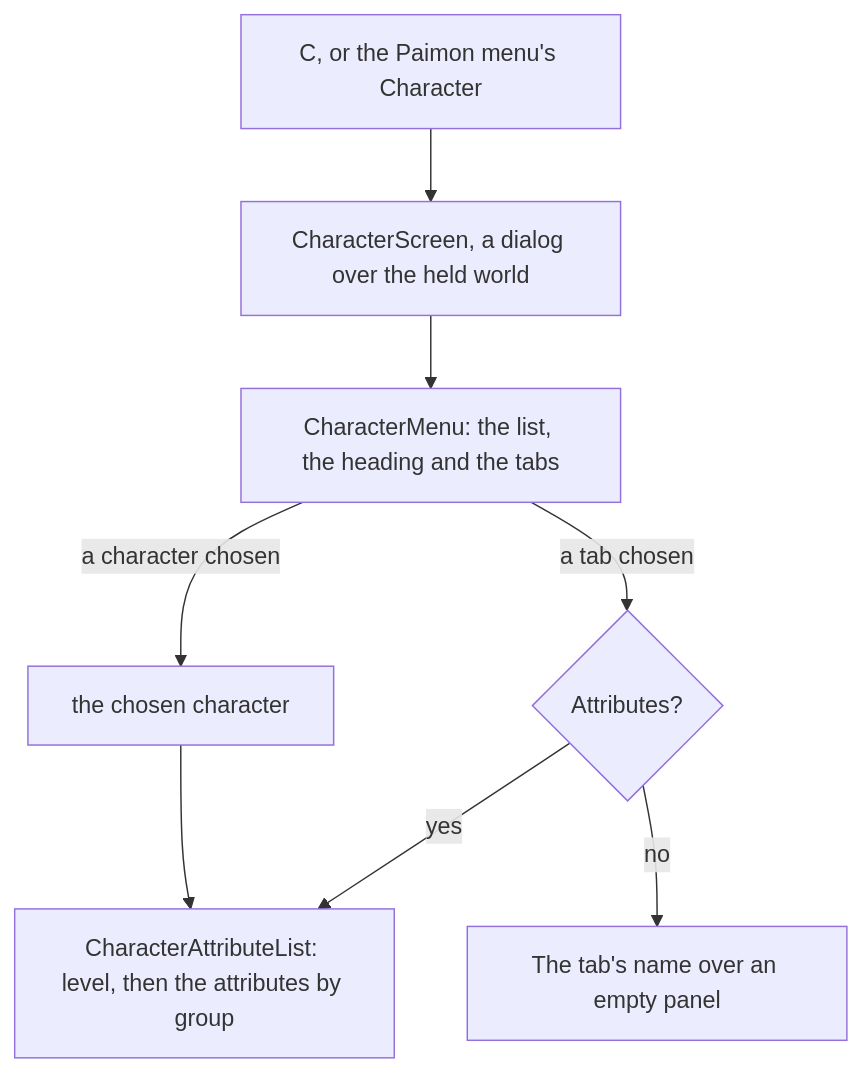
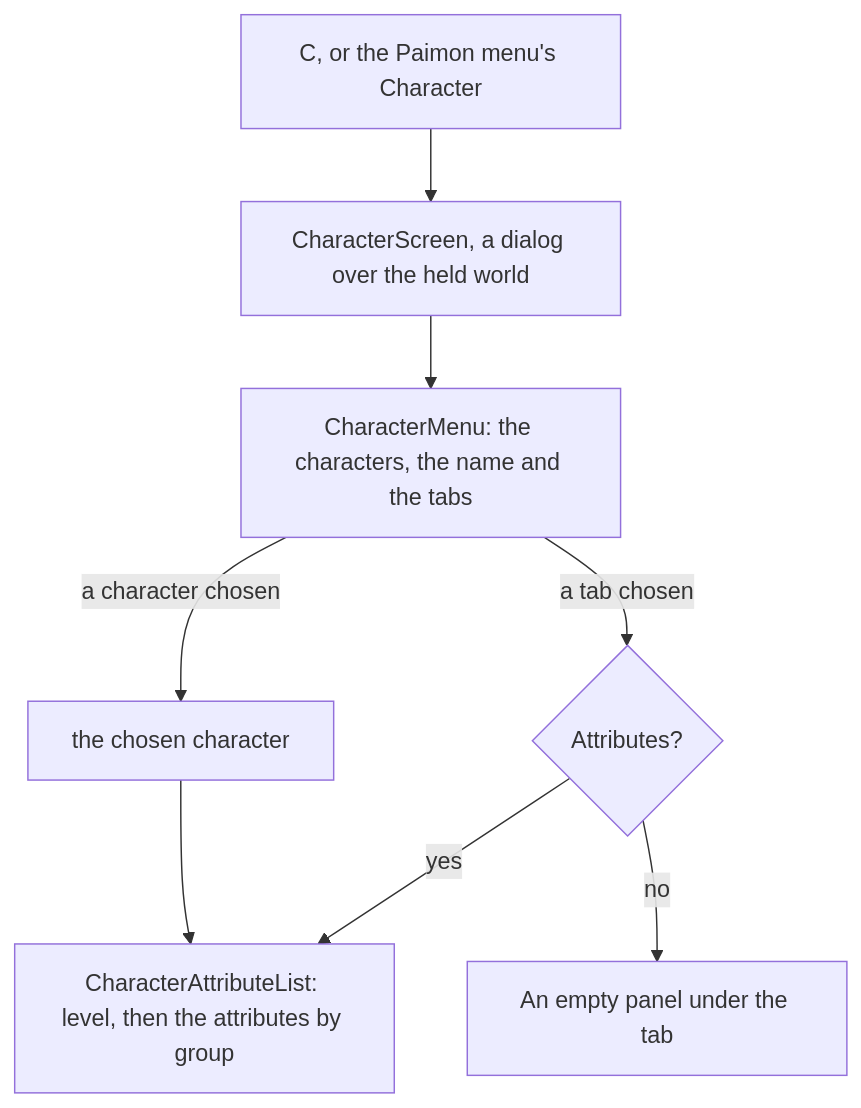
Before and after one commit to Esposter/Esposter: the diagram in apps/web/content/docs/genshin/character-screen.md, drawn with Mermaid. The commit also changed other lines of this file and 1 other file, not shown here.

Commit message:
docs(genshin): the character screen as built from the English client's own frame at 21:9, its layout measured in units, its decisions recorded, and the owed character clip narrowed to what the recording lacks

````diff
--- a/apps/web/content/docs/genshin/character-screen.md
+++ b/apps/web/content/docs/genshin/character-screen.md
@@ -12,10 +12,10 @@
 ```mermaid
 flowchart TD
   C["C, or the Paimon menu's Character"] --> SCREEN["CharacterScreen, a dialog over the held world"]
-  SCREEN --> MENU["CharacterMenu: the list, the heading and the tabs"]
+  SCREEN --> MENU["CharacterMenu: the characters, the name and the tabs"]
   MENU -->|"a character chosen"| CHOSEN["the chosen character"]
   MENU -->|"a tab chosen"| TAB{"Attributes?"}
   TAB -->|yes| LIST["CharacterAttributeList: level, then the attributes by group"]
-  TAB -->|no| EMPTY["The tab's name over an empty panel"]
+  TAB -->|no| EMPTY["An empty panel under the tab"]
   CHOSEN --> LIST
 ```
````
